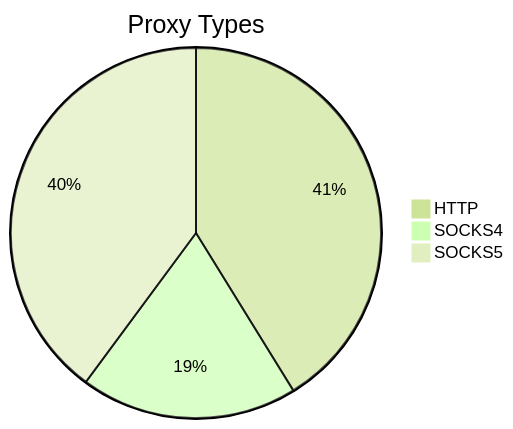
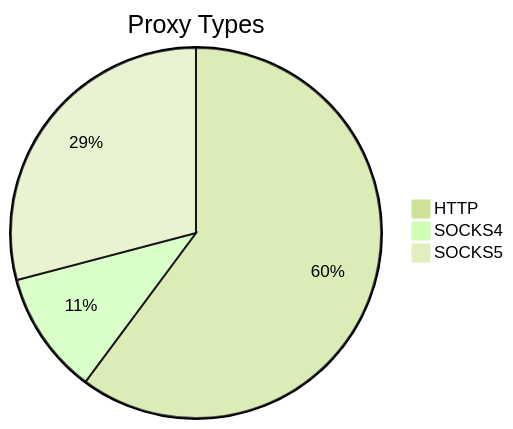
Before and after one commit to stormsia/proxy-list: the first of 2 diagrams in README.md, drawn with Mermaid (forest theme). The commit also changed other lines of this file, not shown here.

````diff
--- a/README.md
+++ b/README.md
@@ -21,6 +21,6 @@
 ```mermaid
 pie title Proxy Types
-    "HTTP" : 311
-    "SOCKS4" : 143
-    "SOCKS5" : 301
+    "HTTP" : 364
+    "SOCKS4" : 65
+    "SOCKS5" : 176
 ```
````
